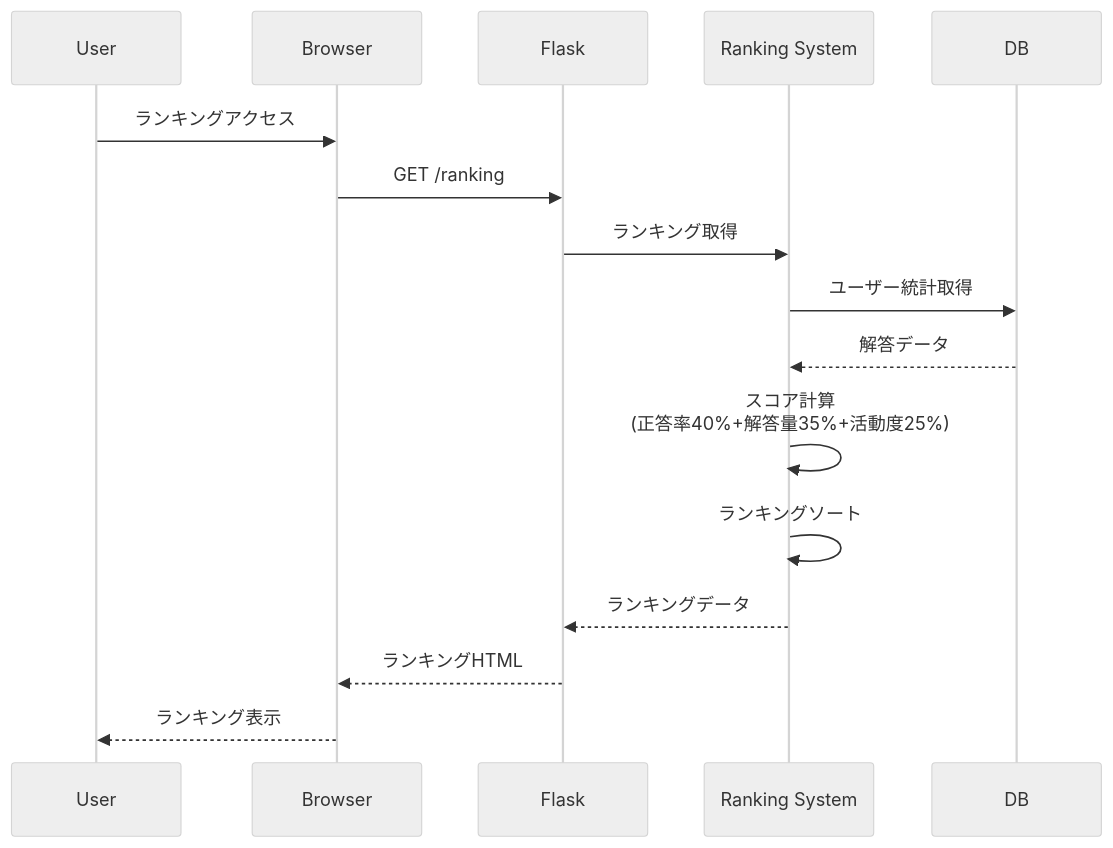
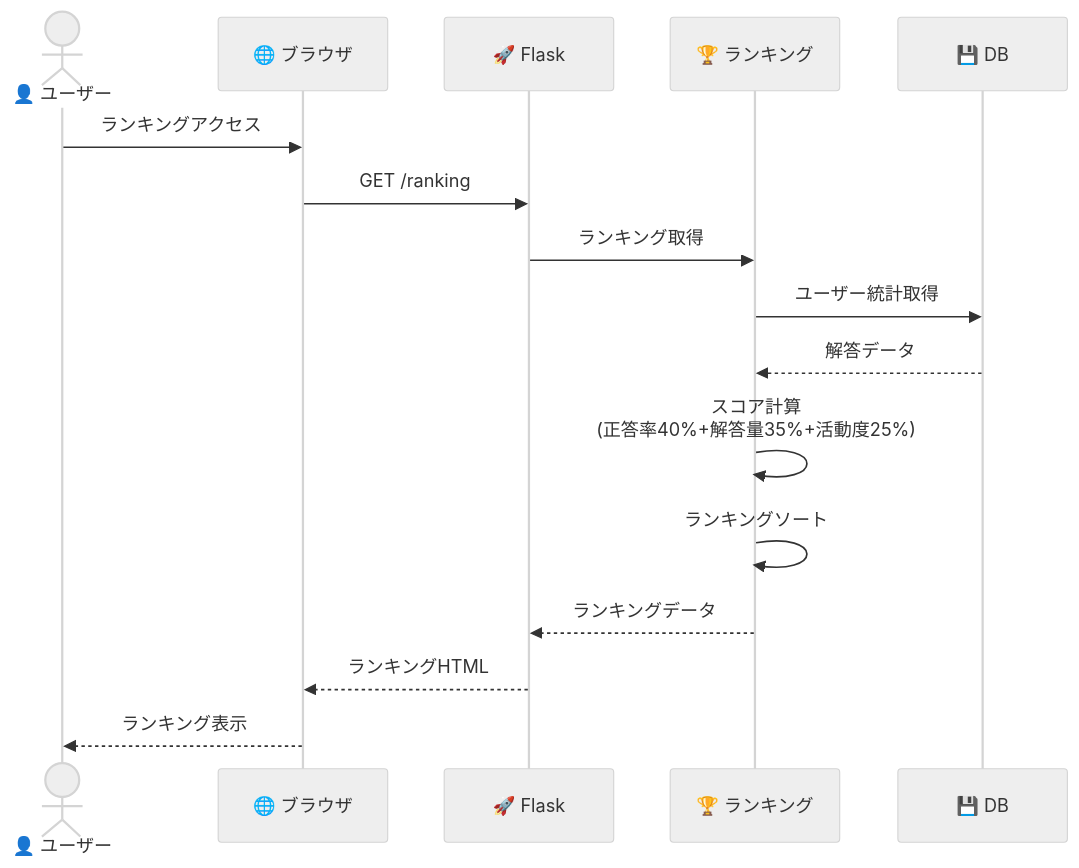
One commit to d01ki/FE-master changed the sixth of 8 diagrams in docs/diagrams.md. Above: the diagram before and after it, drawn with Mermaid (neutral theme). The commit also changed other lines of this file, not shown here.

Commit message:
docs: Improve diagram readability with better text colors

````diff
--- a/docs/diagrams.md
+++ b/docs/diagrams.md
@@ -233,19 +217,19 @@
 ```mermaid
 sequenceDiagram
-    participant User
-    participant Browser
-    participant Flask
-    participant RS as Ranking System
-    participant DB
+    actor User as 👤 ユーザー
+    participant Browser as 🌐 ブラウザ
+    participant Flask as 🚀 Flask
+    participant RS as 🏆 ランキング
+    participant DB as 💾 DB
 
     User->>Browser: ランキングアクセス
     Browser->>Flask: GET /ranking
     Flask->>RS: ランキング取得
     RS->>DB: ユーザー統計取得
     DB-->>RS: 解答データ
     RS->>RS: スコア計算<br/>(正答率40%+解答量35%+活動度25%)
     RS->>RS: ランキングソート
     RS-->>Flask: ランキングデータ
     Flask-->>Browser: ランキングHTML
     Browser-->>User: ランキング表示
 ```
````
